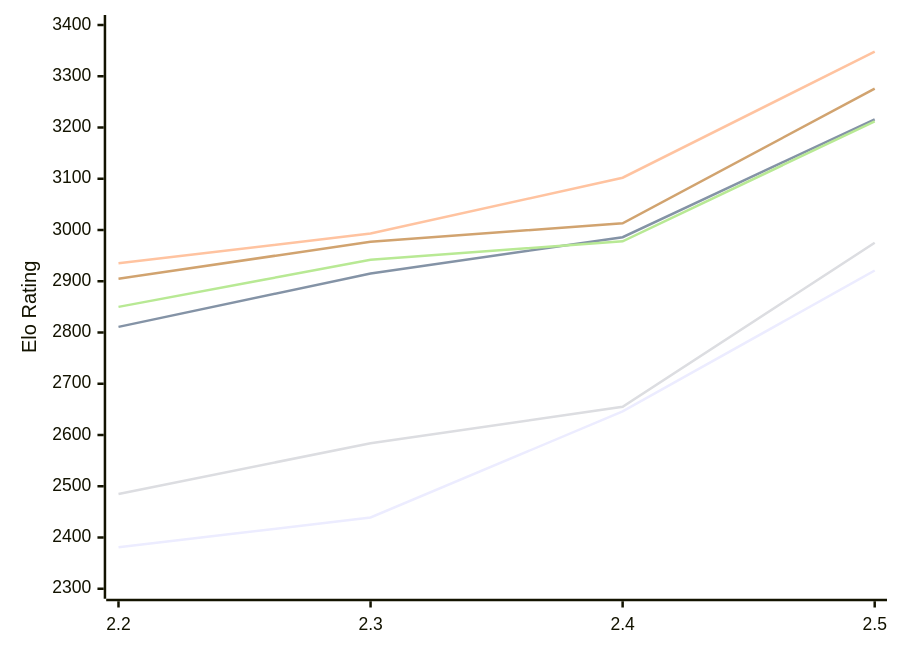
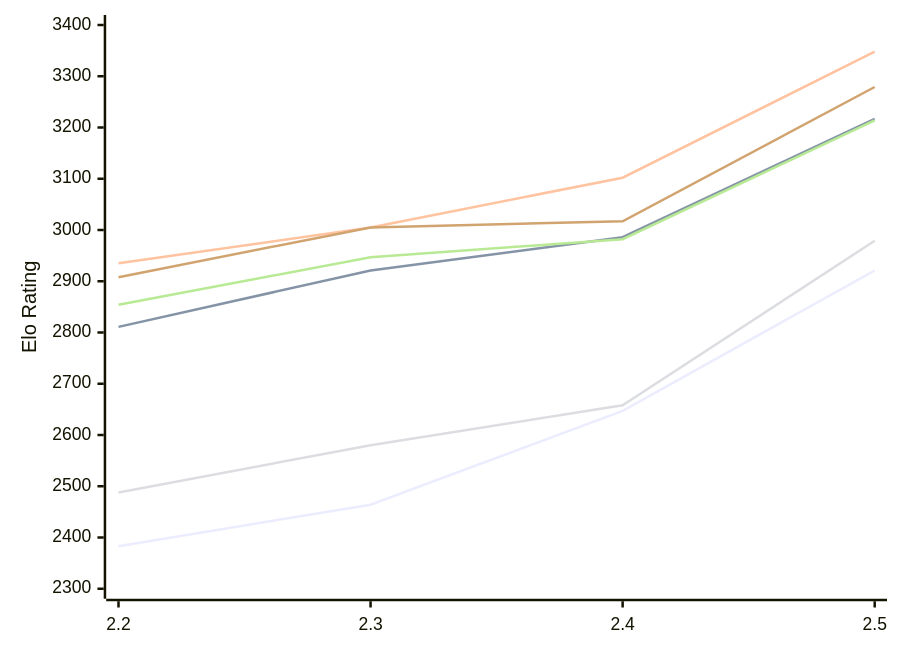
The first of 2 diagrams in engines/Sloth.md (computer-chess-index/cci), drawn with Mermaid before and after one commit. The commit also changed other lines of this file, not shown here.

Commit message:
Update CCI Ratings (ELO VLTC) - 2026-11-24

````diff
--- a/engines/Sloth.md
+++ b/engines/Sloth.md
@@ -54,12 +54,12 @@
 ```mermaid
 %%{init: {"theme":"base","themeVariables":{"seriesColors:['#a3a3a3','#222221','#faa371']}}}%%
 xychart-beta
   x-axis ["2.2", "2.3", "2.4", "2.5"]
   y-axis "Elo Rating" 2300 --> 3400
-  line "E1: STC (8.0+0.08s)" [2381, 2439, 2646, 2921]
-  line "E1: LTC (60.0+0.60s)" [2811, 2915, 2986, 3216]
-  line "E1: VLTC (2m24s+1.12s)" [2935, 2993, 3102, 3348]
-  line "P1: STC (8.0+0.08s)" [2485, 2584, 2655, 2975]
-  line "P1: LTC (60.0+0.60s)" [2850, 2942, 2978, 3212]
-  line "P1: VLTC (2m24s+1.12s)" [2905, 2977, 3013, 3276]
+  line "E1: STC (8.0+0.08s)" [2383, 2464, 2647, 2921]
+  line "E1: LTC (60.0+0.60s)" [2811, 2921, 2986, 3217]
+  line "E1: VLTC (2m24s+1.12s)" [2935, 3005, 3102, 3348]
+  line "P1: STC (8.0+0.08s)" [2488, 2580, 2658, 2979]
+  line "P1: LTC (60.0+0.60s)" [2854, 2947, 2982, 3214]
+  line "P1: VLTC (2m24s+1.12s)" [2908, 3005, 3017, 3279]
 ```
````
